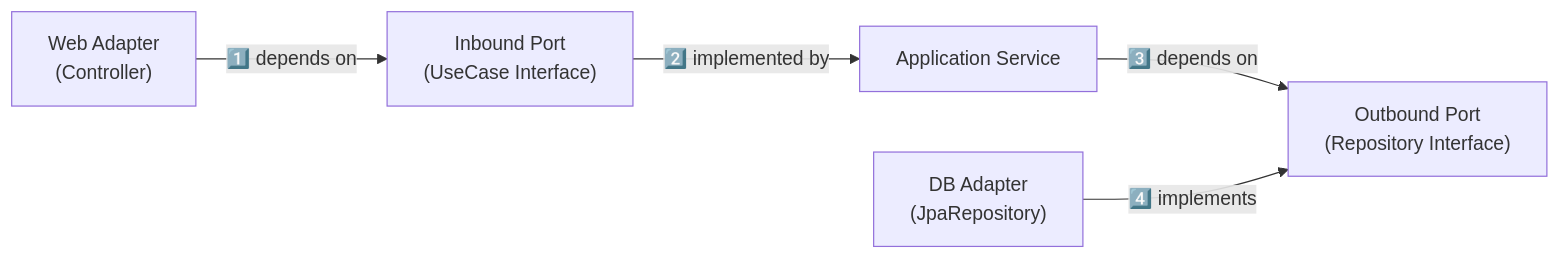
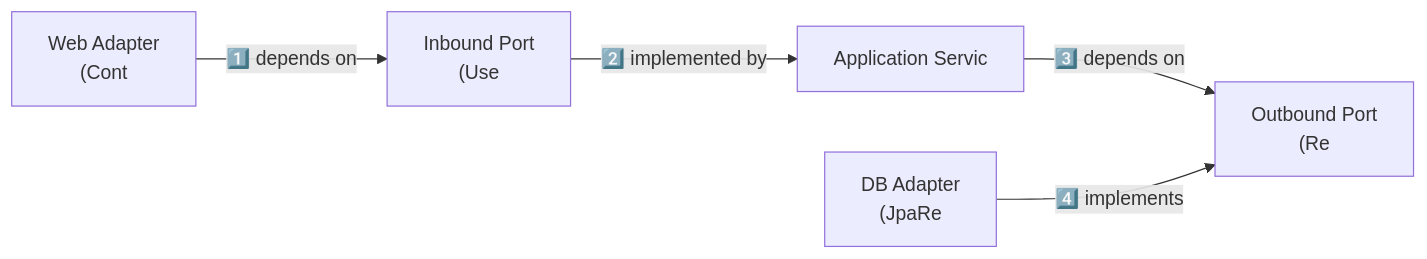
One commit to yjkim2015/yjkim2015.github.io changed the second of 4 diagrams in _posts/architecture/2026-05-01-hexagonal.md. Above: the diagram before and after it, drawn with Mermaid. The commit also changed other lines of this file and 271 other files, not shown here.

First line of the commit message:
Mermaid 라벨 축소: 긴 노드 텍스트 18자 이하로 트림 + \n 제거

````diff
--- a/_posts/architecture/2026-05-01-hexagonal.md
+++ b/_posts/architecture/2026-05-01-hexagonal.md
@@ -99,12 +99,12 @@
 ```mermaid
 graph LR
-    WA["Web Adapter\n(Controller)"]
-    IP["Inbound Port\n(UseCase Interface)"]
-    AS["Application Service"]
-    OP["Outbound Port\n(Repository Interface)"]
-    DA["DB Adapter\n(JpaRepository)"]
+    WA["Web Adapter\n(Cont"]
+    IP["Inbound Port\n(Use"]
+    AS["Application Servic"]
+    OP["Outbound Port\n(Re"]
+    DA["DB Adapter\n(JpaRe"]
     WA -->|"1️⃣ depends on"| IP
     IP -->|"2️⃣ implemented by"| AS
     AS -->|"3️⃣ depends on"| OP
     DA -->|"4️⃣ implements"| OP
 ```
````
